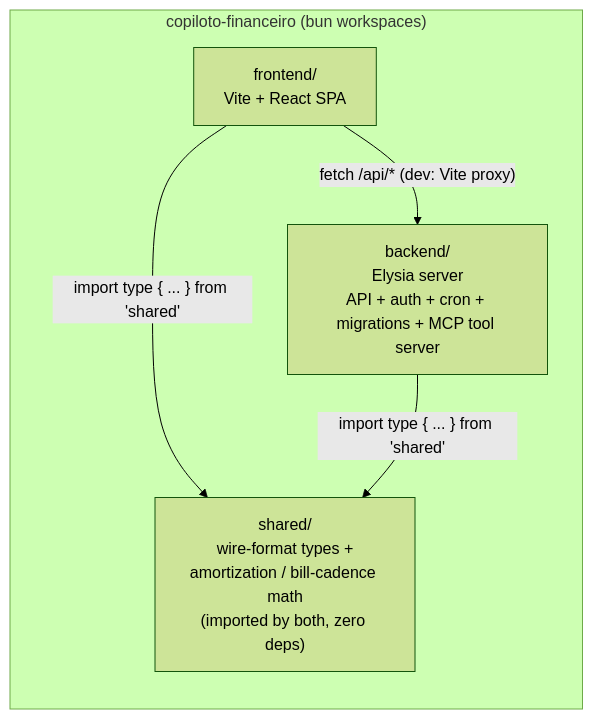
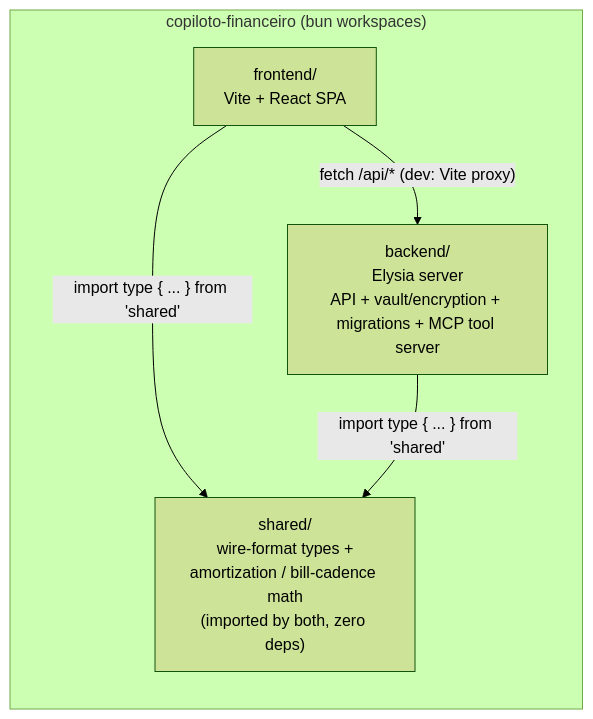
The first of 7 diagrams in ARCHITECTURE.md (Botelho31/copiloto-financeiro), drawn with Mermaid (forest theme) before and after one commit. The commit also changed other lines of this file and 118 other files, not shown here.

````diff
--- a/ARCHITECTURE.md
+++ b/ARCHITECTURE.md
@@ -15,12 +17,12 @@
 ```mermaid
 flowchart LR
     subgraph repo["copiloto-financeiro (bun workspaces)"]
         shared["shared/<br>wire-format types +<br>amortization / bill-cadence math<br>(imported by both, zero deps)"]
-        backend["backend/<br>Elysia server<br>API + auth + cron + migrations + MCP tool server"]
+        backend["backend/<br>Elysia server<br>API + vault/encryption + migrations + MCP tool server"]
         frontend["frontend/<br>Vite + React SPA"]
     end
 
     frontend -- "import type { ... } from 'shared'" --> shared
     backend -- "import type { ... } from 'shared'" --> shared
     frontend -- "fetch /api/* (dev: Vite proxy)" --> backend
 ```
````
